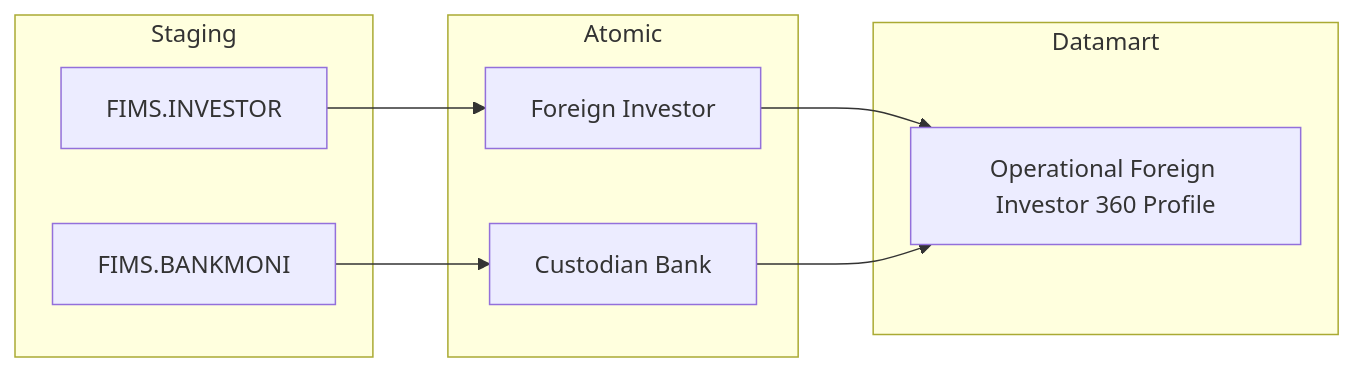
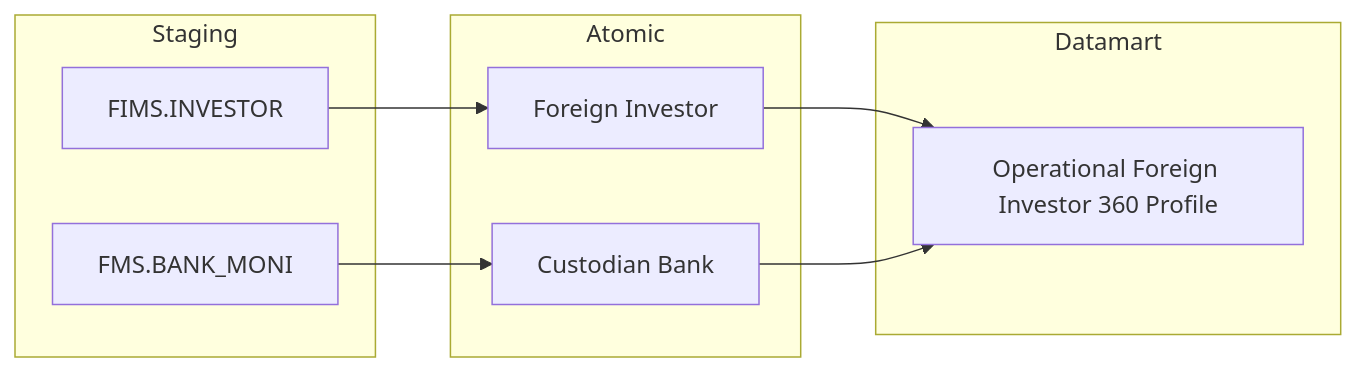
Before and after one commit to linhlvit/ubck_atomic_design: the third of 26 diagrams in Datamart/hld/DTM_NDTNN_HLD.md, drawn with Mermaid. The commit also changed other lines of this file and 6 other files, not shown here.

````diff
--- a/Datamart/hld/DTM_NDTNN_HLD.md
+++ b/Datamart/hld/DTM_NDTNN_HLD.md
@@ -105,22 +105,22 @@
 ```mermaid
 flowchart LR
     subgraph SRC["Staging"]
         S1["FIMS.INVESTOR"]
-        S2["FIMS.BANKMONI"]
+        S2["FMS.BANK_MONI"]
     end
 
     subgraph SIL["Atomic"]
         SV1["Foreign Investor"]
         SV2["Custodian Bank"]
     end
 
     subgraph Datamart["Datamart"]
         G1["Operational Foreign Investor 360 Profile"]
     end
 
     S1 --> SV1
     S2 --> SV2
 
     SV1 --> G1
     SV2 --> G1
 ```
````
